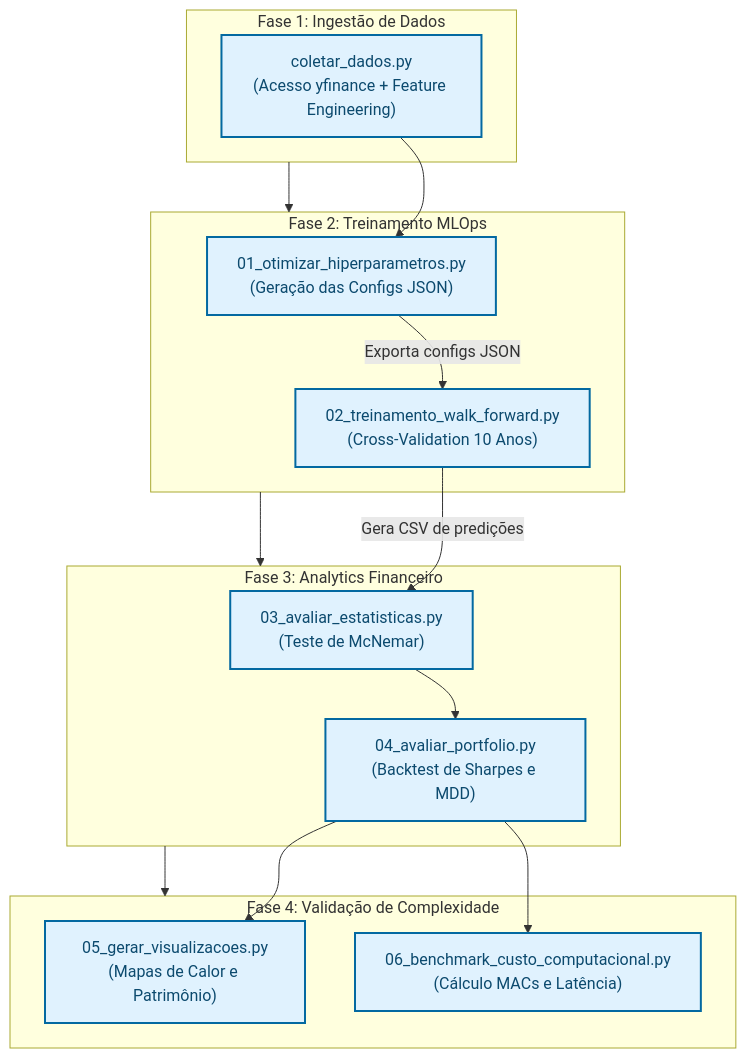
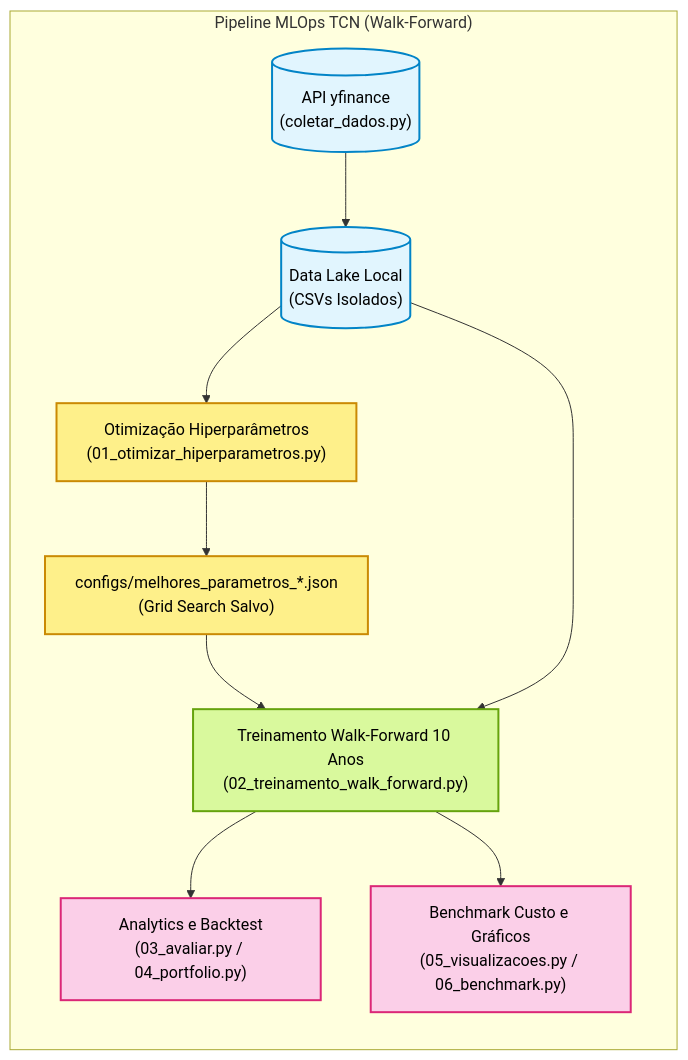
The third of 3 diagrams in README.md (jpmsilva1/MSR_TCN), drawn with Mermaid before and after one commit. The commit also changed other lines of this file, not shown here.

Commit message:
docs: Adiciona secao dedicada explicando as vantagens do modelo TCN

````diff
--- a/README.md
+++ b/README.md
@@ -141,35 +150,30 @@
 ```mermaid
 flowchart TD
-    classDef default fill:#f8fafc,stroke:#cbd5e1,stroke-width:1px,color:#0f172a;
-    classDef phase fill:#f1f5f9,stroke:#64748b,stroke-width:2px,color:#1e293b,font-weight:bold;
-    classDef script fill:#e0f2fe,stroke:#0369a1,stroke-width:2px,color:#0c4a6e;
+    classDef data fill:#e1f5fe,stroke:#0284c7,stroke-width:2px,color:#000
+    classDef tune fill:#fef08a,stroke:#ca8a04,stroke-width:2px,color:#000
+    classDef train fill:#d9f99d,stroke:#65a30d,stroke-width:2px,color:#000
+    classDef report fill:#fbcfe8,stroke:#db2777,stroke-width:2px,color:#000
+
+    D1[("API yfinance\n(coletar_dados.py)")]:::data
+    D2[("Data Lake Local\n(CSVs Isolados)")]:::data
     
-    subgraph P1["Fase 1: Ingestão de Dados"]
-        S1["coletar_dados.py\n(Acesso yfinance + Feature Engineering)"]:::script
+    subgraph MLOps["Pipeline MLOps TCN (Walk-Forward)"]
+        direction TB
+        
+        Tuner["Otimização Hiperparâmetros\n(01_otimizar_hiperparametros.py)"]:::tune
+        JSON["configs/melhores_parametros_*.json\n(Grid Search Salvo)"]:::tune
+        
+        Train["Treinamento Walk-Forward 10 Anos\n(02_treinamento_walk_forward.py)"]:::train
+        
+        Eval["Analytics e Backtest\n(03_avaliar.py / 04_portfolio.py)"]:::report
+        Bench["Benchmark Custo e Gráficos\n(05_visualizacoes.py / 06_benchmark.py)"]:::report
+        
+        D1 --> D2
+        D2 --> Tuner
+        Tuner --> JSON
+        JSON --> Train
+        D2 --> Train
+        Train --> Eval
+        Train --> Bench
     end
-    
-    subgraph P2["Fase 2: Treinamento MLOps"]
-        S2["01_otimizar_hiperparametros.py\n(Geração das Configs JSON)"]:::script
-        S3["02_treinamento_walk_forward.py\n(Cross-Validation 10 Anos)"]:::script
-    end
-    
-    subgraph P3["Fase 3: Analytics Financeiro"]
-        S4["03_avaliar_estatisticas.py\n(Teste de McNemar)"]:::script
-        S5["04_avaliar_portfolio.py\n(Backtest de Sharpes e MDD)"]:::script
-    end
-    
-    subgraph P4["Fase 4: Validação de Complexidade"]
-        S6["05_gerar_visualizacoes.py\n(Mapas de Calor e Patrimônio)"]:::script
-        S7["06_benchmark_custo_computacional.py\n(Cálculo MACs e Latência)"]:::script
-    end
-    
-    P1 --> P2
-    S1 --> S2
-    S2 -->|Exporta configs JSON| S3
-    P2 --> P3
-    S3 -->|Gera CSV de predições| S4
-    S4 --> S5
-    P3 --> P4
-    S5 --> S6
-    S5 --> S7
 ```
````
